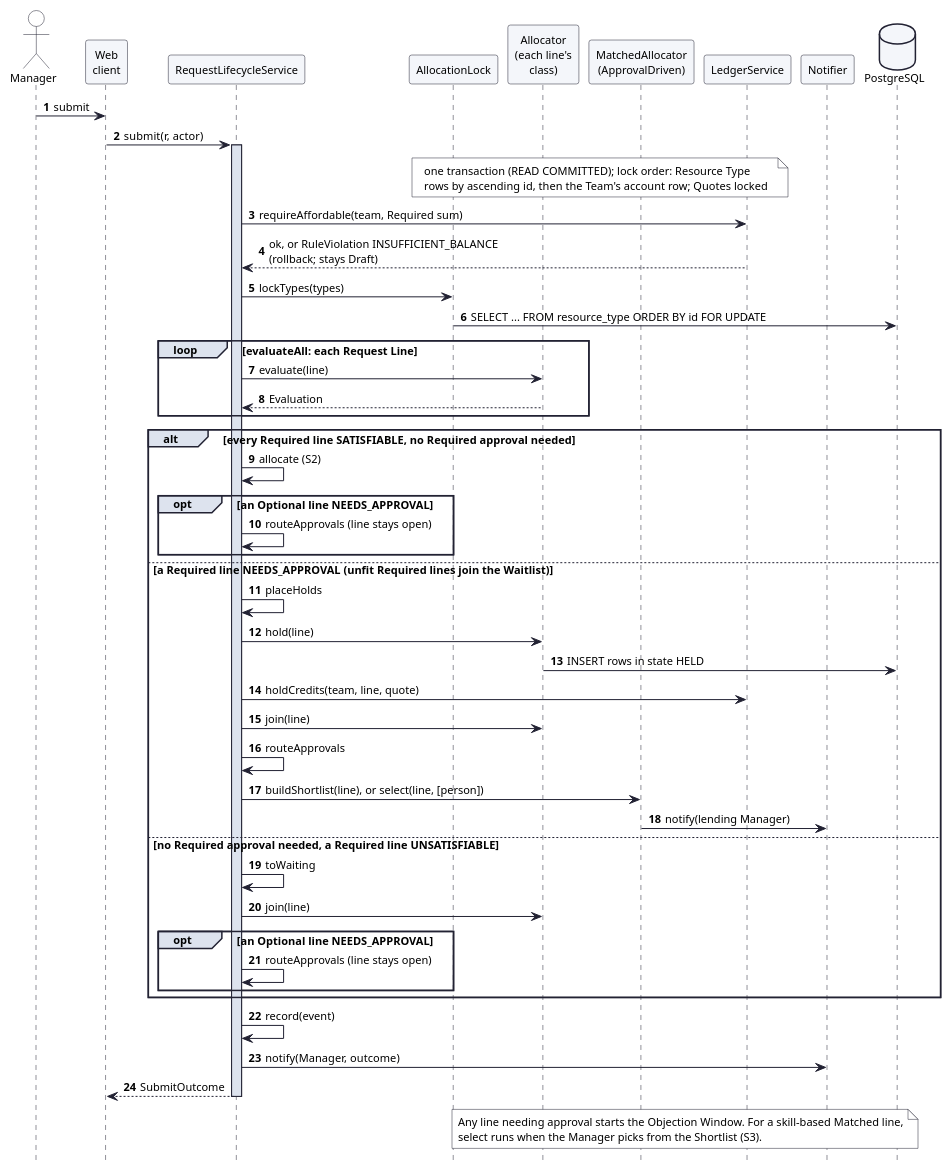
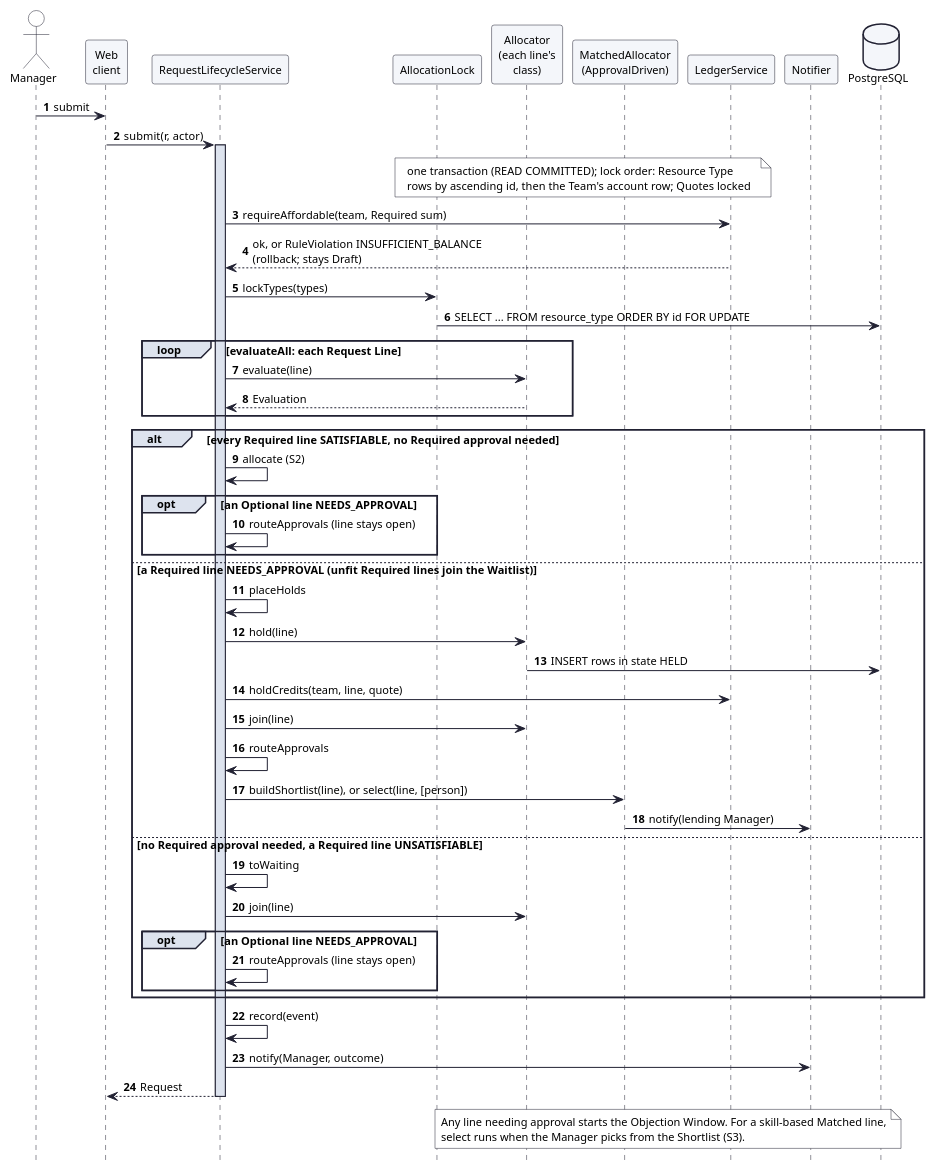
The diagram in docs/design/figures/seq-s1-submit.puml (JaiNana123321/openbench), drawn with PlantUML before and after one commit. The commit also changed 46 other files, not shown here.

```diff
--- a/docs/design/figures/seq-s1-submit.puml
+++ b/docs/design/figures/seq-s1-submit.puml
@@ -1,87 +1,87 @@
 @startuml seq-s1-submit
 ' F11 Scenario S1: a Manager submits a Request (UC-4). One transaction; three outcomes.
 ' Allocator stands for the bean AllocatorRegistry.forClass returns for each line's class.
 skinparam shadowing false
 skinparam defaultFontName Helvetica
 skinparam defaultFontSize 11
 skinparam ArrowColor #223
 skinparam sequenceMessageAlign left
 skinparam responseMessageBelowArrow true
 skinparam sequence {
   ParticipantBackgroundColor #F4F6FA
   ParticipantBorderColor #223
   ActorBackgroundColor White
   ActorBorderColor #223
   LifeLineBorderColor #223
   LifeLineBackgroundColor #DDE3EE
   GroupBorderColor #223
   GroupBackgroundColor #DDE3EE
   DividerBackgroundColor #F4F6FA
   DividerBorderColor #223
 }
 skinparam database {
   BackgroundColor #F4F6FA
   BorderColor #223
 }
 skinparam note {
   BackgroundColor White
   BorderColor #223
 }
 hide footbox
 autonumber
 
 actor Manager
 participant "Web\nclient" as Web
 participant RequestLifecycleService as RLS
 participant AllocationLock as Lock
 participant "Allocator\n(each line's\nclass)" as Alloc
 participant "MatchedAllocator\n(ApprovalDriven)" as AD
 participant LedgerService as Ledger
 participant Notifier
 database PostgreSQL as DB
 
 Manager -> Web : submit
 Web -> RLS : submit(r, actor)
 activate RLS
 note over Lock, Ledger
   one transaction (READ COMMITTED); lock order: Resource Type
   rows by ascending id, then the Team's account row; Quotes locked
 end note
 RLS -> Ledger : requireAffordable(team, Required sum)
 Ledger --> RLS : ok, or RuleViolation INSUFFICIENT_BALANCE\n(rollback; stays Draft)
 RLS -> Lock : lockTypes(types)
 Lock -> DB : SELECT ... FROM resource_type ORDER BY id FOR UPDATE
 loop evaluateAll: each Request Line
   RLS -> Alloc : evaluate(line)
   Alloc --> RLS : Evaluation
 end
 alt every Required line SATISFIABLE, no Required approval needed
   RLS -> RLS : allocate (S2)
   opt an Optional line NEEDS_APPROVAL
     RLS -> RLS : routeApprovals (line stays open)
   end
 else a Required line NEEDS_APPROVAL (unfit Required lines join the Waitlist)
   RLS -> RLS : placeHolds
   RLS -> Alloc : hold(line)
   Alloc -> DB : INSERT rows in state HELD
   RLS -> Ledger : holdCredits(team, line, quote)
   RLS -> Alloc : join(line)
   RLS -> RLS : routeApprovals
   RLS -> AD : buildShortlist(line), or select(line, [person])
   AD -> Notifier : notify(lending Manager)
 else no Required approval needed, a Required line UNSATISFIABLE
   RLS -> RLS : toWaiting
   RLS -> Alloc : join(line)
   opt an Optional line NEEDS_APPROVAL
     RLS -> RLS : routeApprovals (line stays open)
   end
 end
 RLS -> RLS : record(event)
 RLS -> Notifier : notify(Manager, outcome)
-RLS --> Web : SubmitOutcome
+RLS --> Web : Request
 deactivate RLS
 note over Alloc, Notifier
   Any line needing approval starts the Objection Window. For a skill-based Matched line,
   select runs when the Manager picks from the Shortlist (S3).
 end note
 @enduml
```
